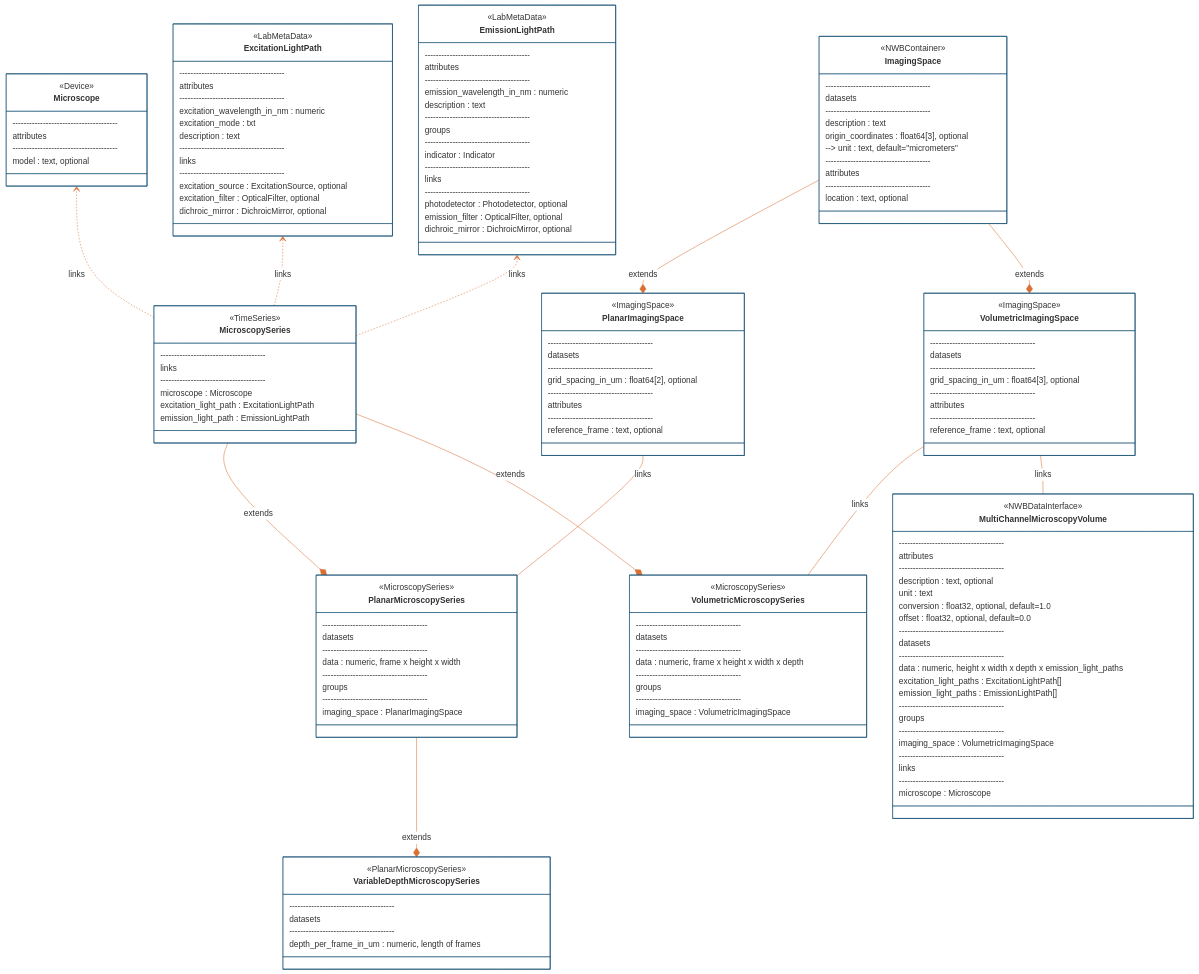
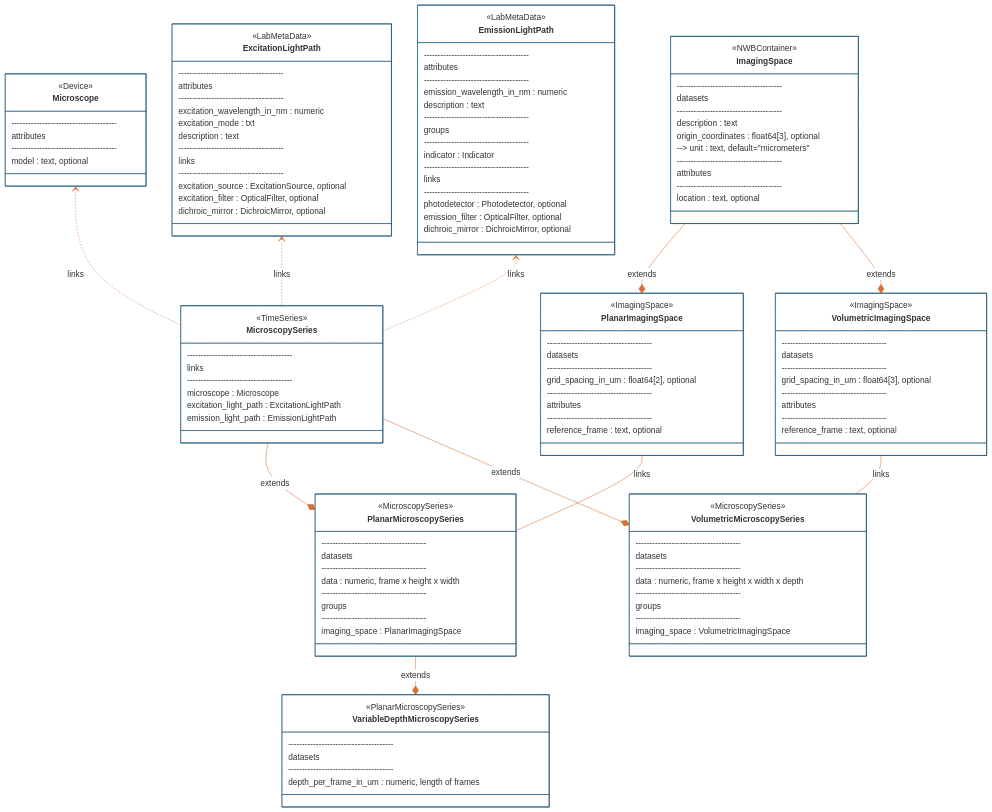
Before and after one commit to catalystneuro/ndx-microscopy: the second of 2 diagrams in README.md, drawn with Mermaid. The commit also changed 6 other files, not shown here.

First line of the commit message:
Remove MultiChannel neurodata type (#39)

```diff
--- a/README.md
+++ b/README.md
@@ -211,32 +211,7 @@
         --------------------------------------
         imaging_space : VolumetricImagingSpace
     }
-
-    class MultiChannelMicroscopyVolume {
-        <<NWBDataInterface>>
-        --------------------------------------
-        attributes
-        --------------------------------------
-        description : text, optional
-        unit : text
-        conversion : float32, optional, default=1.0
-        offset : float32, optional, default=0.0
-        --------------------------------------
-        datasets
-        --------------------------------------
-        data : numeric, height x width x depth x emission_light_paths
-        excitation_light_paths : ExcitationLightPath[]
-        emission_light_paths : EmissionLightPath[]
-        --------------------------------------
-        groups
-        --------------------------------------
-        imaging_space : VolumetricImagingSpace
-        --------------------------------------
-        links
-        --------------------------------------
-        microscope : Microscope
-    }
-    
+   
     class ImagingSpace {
         <<NWBContainer>>
         --------------------------------------
@@ -323,7 +298,6 @@
     VariableDepthMicroscopySeries *-- PlanarMicroscopySeries : extends
     VolumetricMicroscopySeries *-- MicroscopySeries : extends
     VolumetricMicroscopySeries -- VolumetricImagingSpace : links
-    MultiChannelMicroscopyVolume -- VolumetricImagingSpace : links
     PlanarImagingSpace *-- ImagingSpace : extends
     VolumetricImagingSpace *-- ImagingSpace : extends
     MicroscopySeries ..> Microscope : links
```
